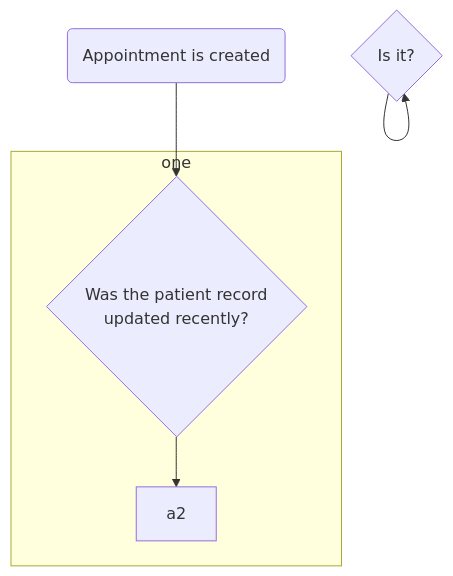
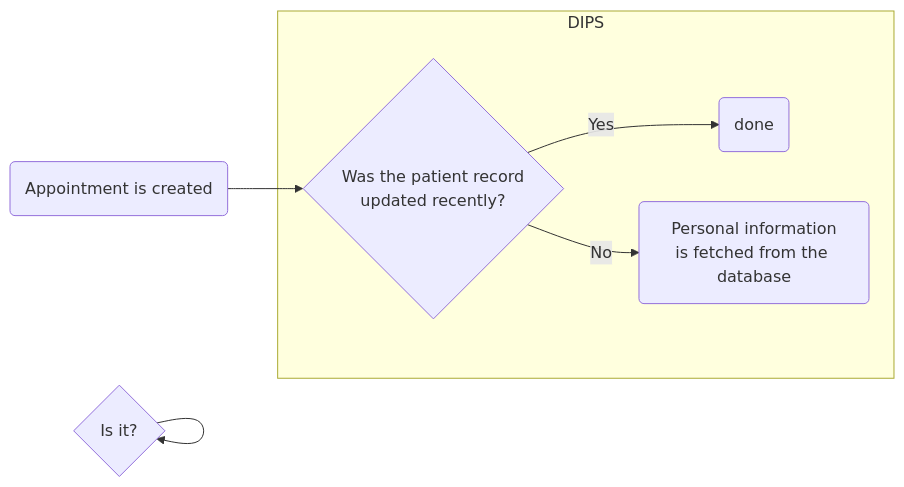
Before and after one commit to oleksii-nikolaienko/Eitri_OpenDIPS: the diagram in Flow.md, drawn with Mermaid.

````diff
--- a/Flow.md
+++ b/Flow.md
@@ -1,8 +1,9 @@
 ```mermaid
-  graph TD;
+  graph LR;
       create_appoint(Appointment is created)-->when_updated{Was the patient record\nupdated recently?};
-      subgraph one
-        when_updated-->a2
+      subgraph DIPS
+        when_updated -- Yes --> done(done)
+        when_updated -- No --> fetch_info(Personal information\nis fetched from the database)
       end
       B-->B{Is it?};
 ```
````
